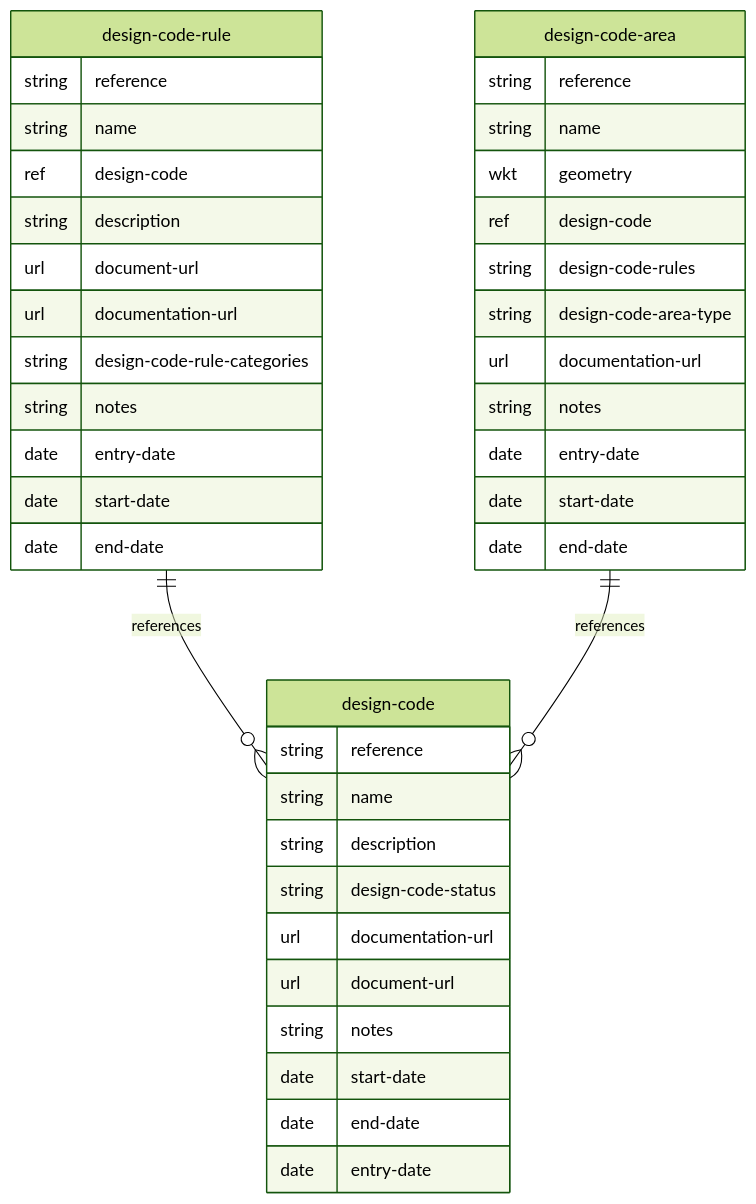
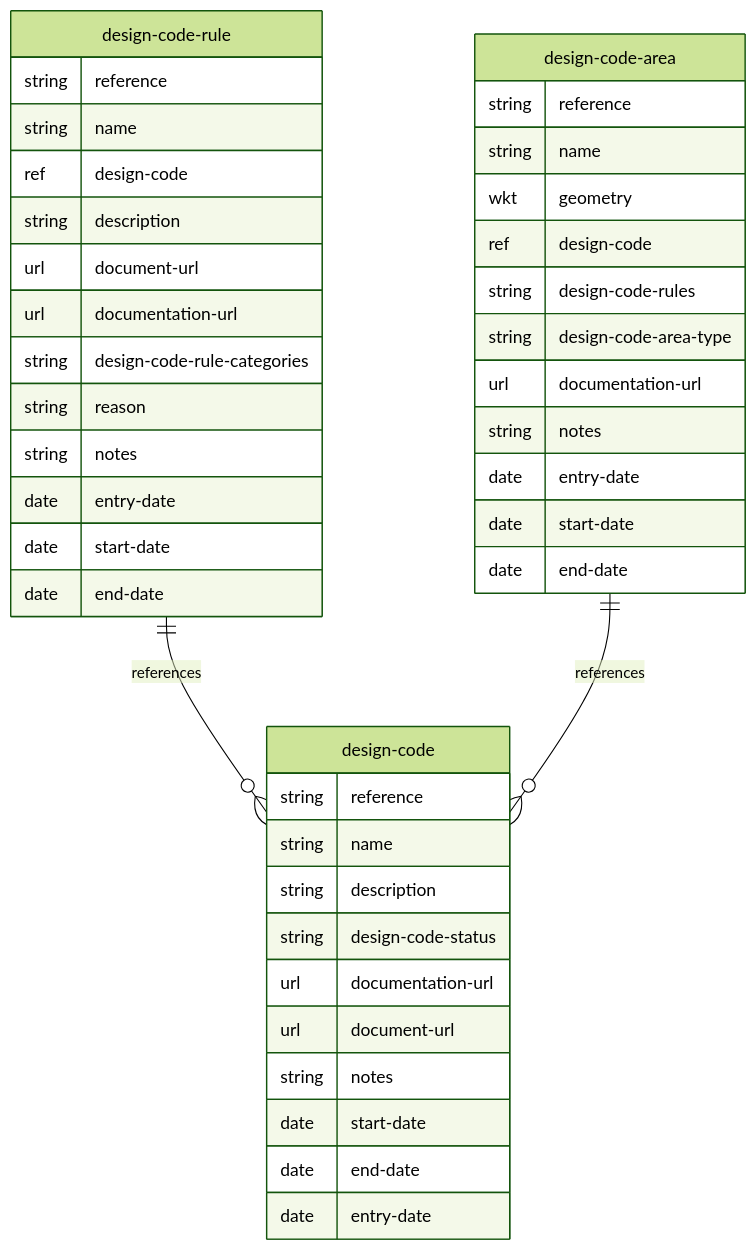
One commit to digital-land/specification changed the diagram in docs/mermaid/design-code.md. Above: the diagram before and after it, drawn with Mermaid (forest theme). The commit also changed 17 other files, not shown here.

````diff
--- a/docs/mermaid/design-code.md
+++ b/docs/mermaid/design-code.md
@@ -4,43 +4,44 @@
 ```mermaid
 erDiagram
     design-code {
         string reference
         string name
         string description
         string design-code-status
         url documentation-url
         url document-url
         string notes
         date start-date
         date end-date
         date entry-date
     }
     design-code-rule {
         string reference
         string name
         ref design-code
         string description
         url document-url
         url documentation-url
         string design-code-rule-categories
+        string reason
         string notes
         date entry-date
         date start-date
         date end-date
     }
     design-code-area {
         string reference
         string name
         wkt geometry
         ref design-code
         string design-code-rules
         string design-code-area-type
         url documentation-url
         string notes
         date entry-date
         date start-date
         date end-date
     }
     design-code-rule ||--o{ design-code : references
     design-code-area ||--o{ design-code : references
 ```
````
